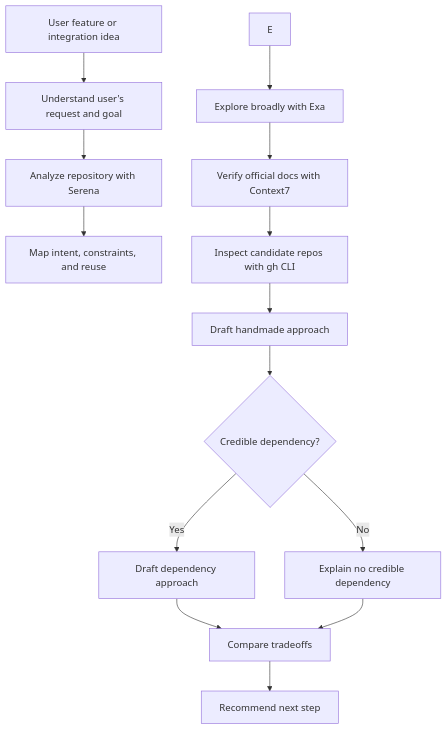
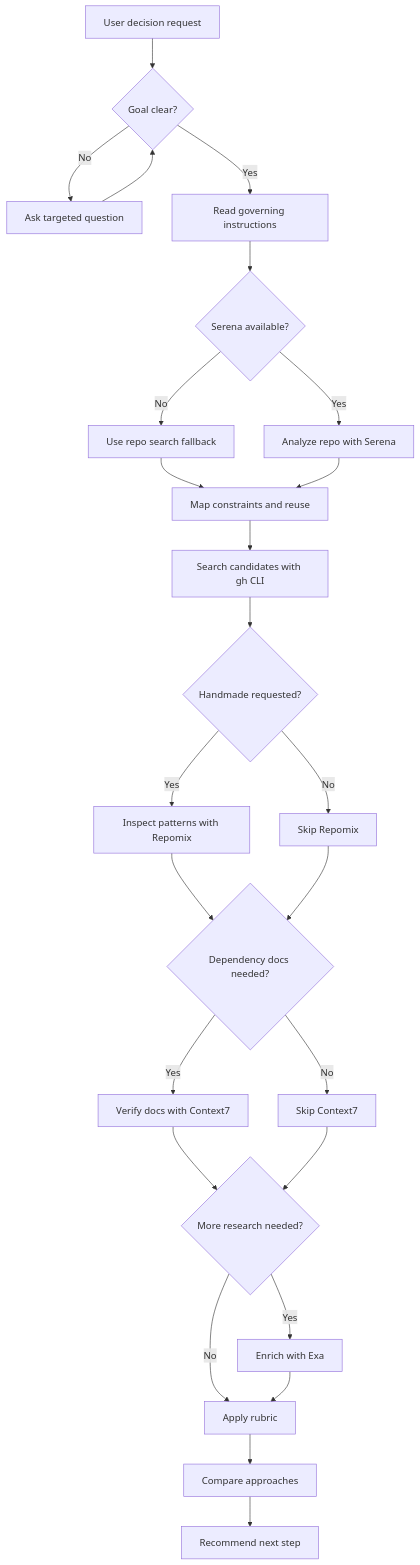
Before and after one commit to mvagnon/plan-based-agentic-workflow: the diagram in skills/brainstorm/SKILL.md, drawn with Mermaid. The commit also changed other lines of this file and 2 other files, not shown here.

Commit message:
finalize brainstorm skill

````diff
--- a/skills/brainstorm/SKILL.md
+++ b/skills/brainstorm/SKILL.md
@@ -22,16 +22,27 @@
 ```mermaid
 flowchart TD
-  A[User feature or integration idea] --> B[Understand user's request and goal]
-  B --> C[Analyze repository with Serena]
-  C --> D[Map intent, constraints, and reuse]
-  E --> F[Explore broadly with Exa]
-  F --> G[Verify official docs with Context7]
-  G --> H[Inspect candidate repos with gh CLI]
-  H --> I[Draft handmade approach]
-  I --> J{Credible dependency?}
-  J -->|Yes| K[Draft dependency approach]
-  J -->|No| L[Explain no credible dependency]
-  K --> M[Compare tradeoffs]
+  A[User decision request] --> B{Goal clear?}
+  B -->|No| C[Ask targeted question]
+  C --> B
+  B -->|Yes| D[Read governing instructions]
+  D --> E{Serena available?}
+  E -->|No| F[Use repo search fallback]
+  E -->|Yes| G[Analyze repo with Serena]
+  F --> H[Map constraints and reuse]
+  G --> H
+  H --> I[Search candidates with gh CLI]
+  I --> J{Handmade requested?}
+  J -->|Yes| K[Inspect patterns with Repomix]
+  J -->|No| L[Skip Repomix]
+  K --> M{Dependency docs needed?}
   L --> M
-  M --> N[Recommend next step]
+  M -->|Yes| N[Verify docs with Context7]
+  M -->|No| O[Skip Context7]
+  N --> P{More research needed?}
+  O --> P
+  P -->|Yes| Q[Enrich with Exa]
+  P -->|No| R[Apply rubric]
+  Q --> R
+  R --> S[Compare approaches]
+  S --> T[Recommend next step]
 ```
````
